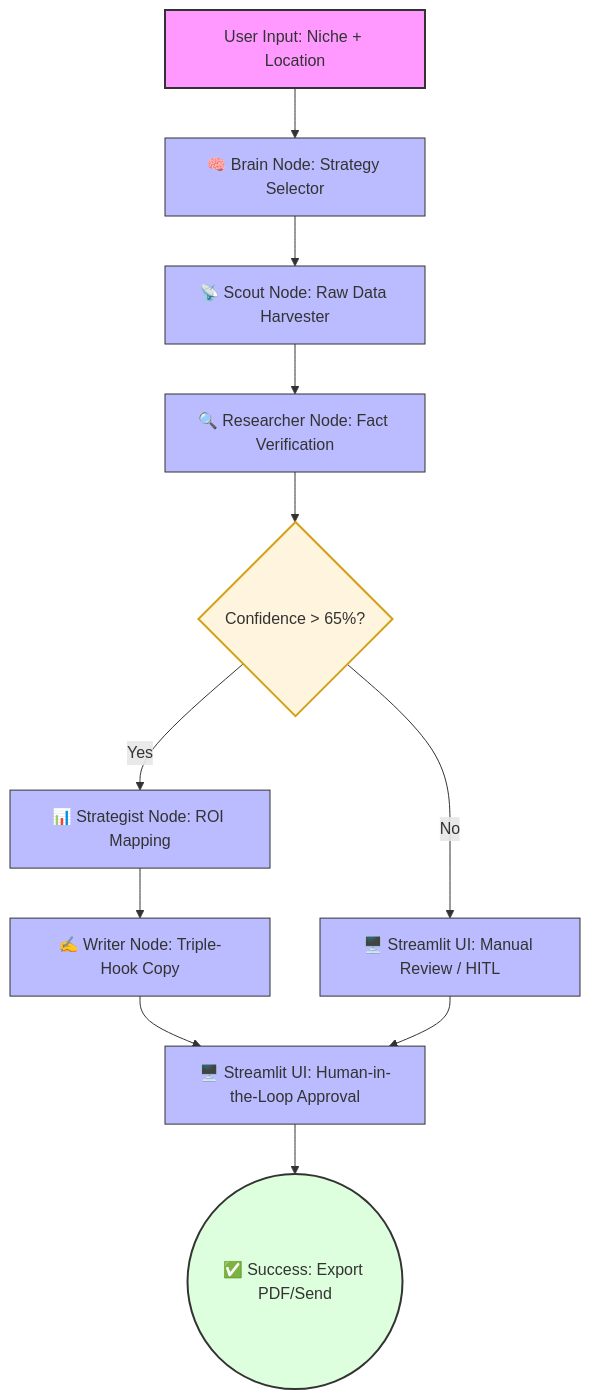
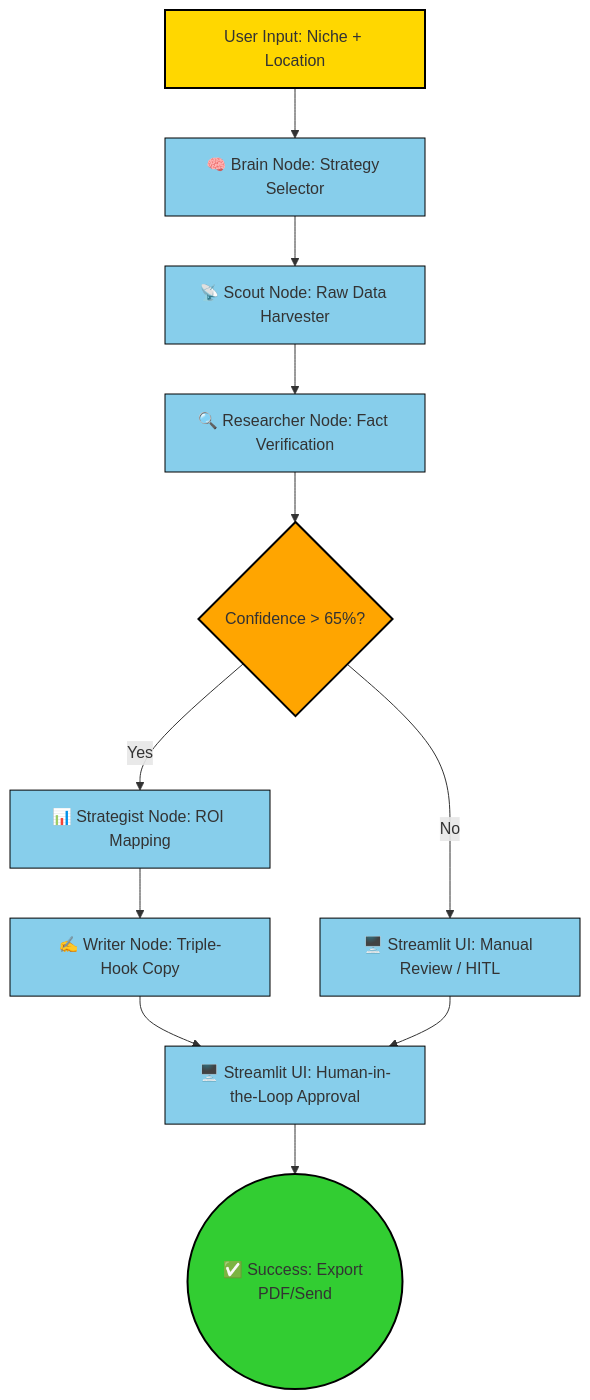
The diagram in README.md (shirinlakhani/sales-outreach-agent), drawn with Mermaid before and after one commit.

Commit message:
changed color scheme

````diff
--- a/README.md
+++ b/README.md
@@ -20,31 +20,31 @@
 ```mermaid
 graph TD
     %% Define Node Colors and Styles
-    classDef start fill:#f9f,stroke:#333,stroke-width:2px;
-    classDef process fill:#bbf,stroke:#333,stroke-width:1px;
-    classDef decision fill:#fff4dd,stroke:#d4a017,stroke-width:2px;
-    classDef endNode fill:#dfd,stroke:#333,stroke-width:2px;
-
+    classDef start fill:#FFD700,stroke:#000,stroke-width:2px;      
+    classDef process fill:#87CEEB,stroke:#000,stroke-width:1px;    
+    classDef decision fill:#FFA500,stroke:#000,stroke-width:2px;   
+    classDef endNode fill:#32CD32,stroke:#000,stroke-width:2px;    
+    
     %% Nodes and Flow
     A[User Input: Niche + Location] --> B[🧠 Brain Node: Strategy Selector]
     B --> C[📡 Scout Node: Raw Data Harvester]
     C --> D[🔍 Researcher Node: Fact Verification]
     
     %% Conditional Logic for Lead Quality
     D --> E{Confidence > 65%?}
     E -- No --> J[🖥️ Streamlit UI: Manual Review / HITL]
     E -- Yes --> F[📊 Strategist Node: ROI Mapping]
     
     F --> G[✍️ Writer Node: Triple-Hook Copy]
     G --> H[🖥️ Streamlit UI: Human-in-the-Loop Approval]
 
     %% Manual review feeds into final approval
     J --> H
     H --> I((✅ Success: Export PDF/Send))
 
     %% Assign Classes
     class A start;
     class B,C,D,F,G,H,J process;
     class E decision;
     class I endNode;
 ```
````
